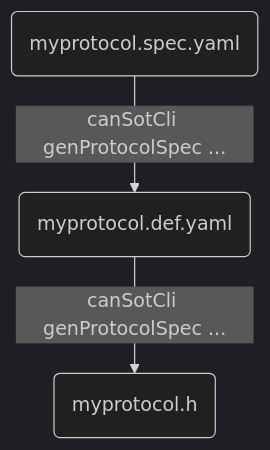
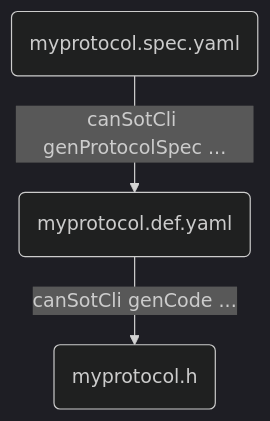
The diagram in cliTool/README.md (JeyRunner/can-sot-protocol), drawn with Mermaid (dark theme) before and after one commit. The commit also changed other lines of this file and 7 other files, not shown here.

Commit message:
fixed cliTool codeGen

````diff
--- a/cliTool/README.md
+++ b/cliTool/README.md
@@ -7,5 +10,5 @@
 ```mermaid
 flowchart TD
     A(myprotocol.spec.yaml) -->|canSotCli genProtocolSpec ...| B(myprotocol.def.yaml)
-    B --> |canSotCli genProtocolSpec ...| C(myprotocol.h)
+    B --> |canSotCli genCode ...| C(myprotocol.h)
 ```
````
